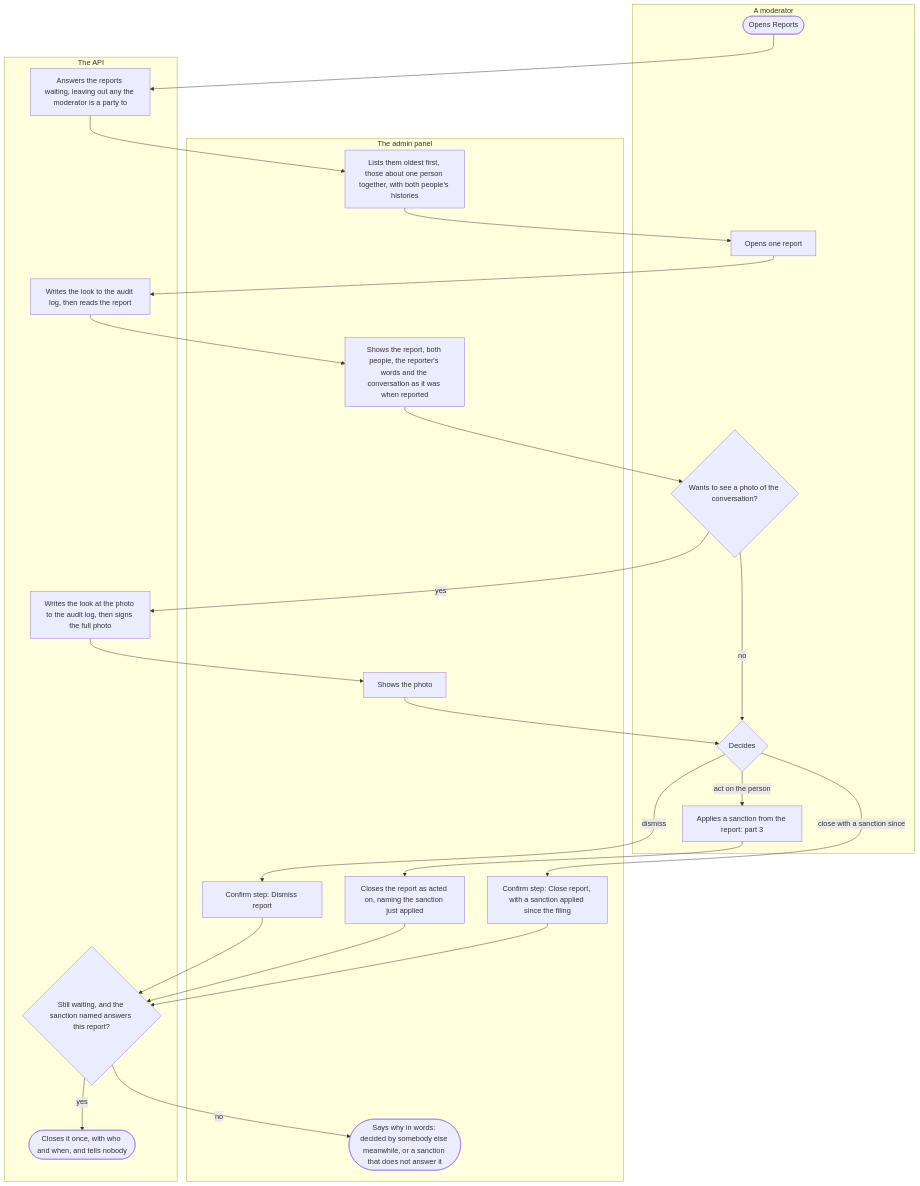
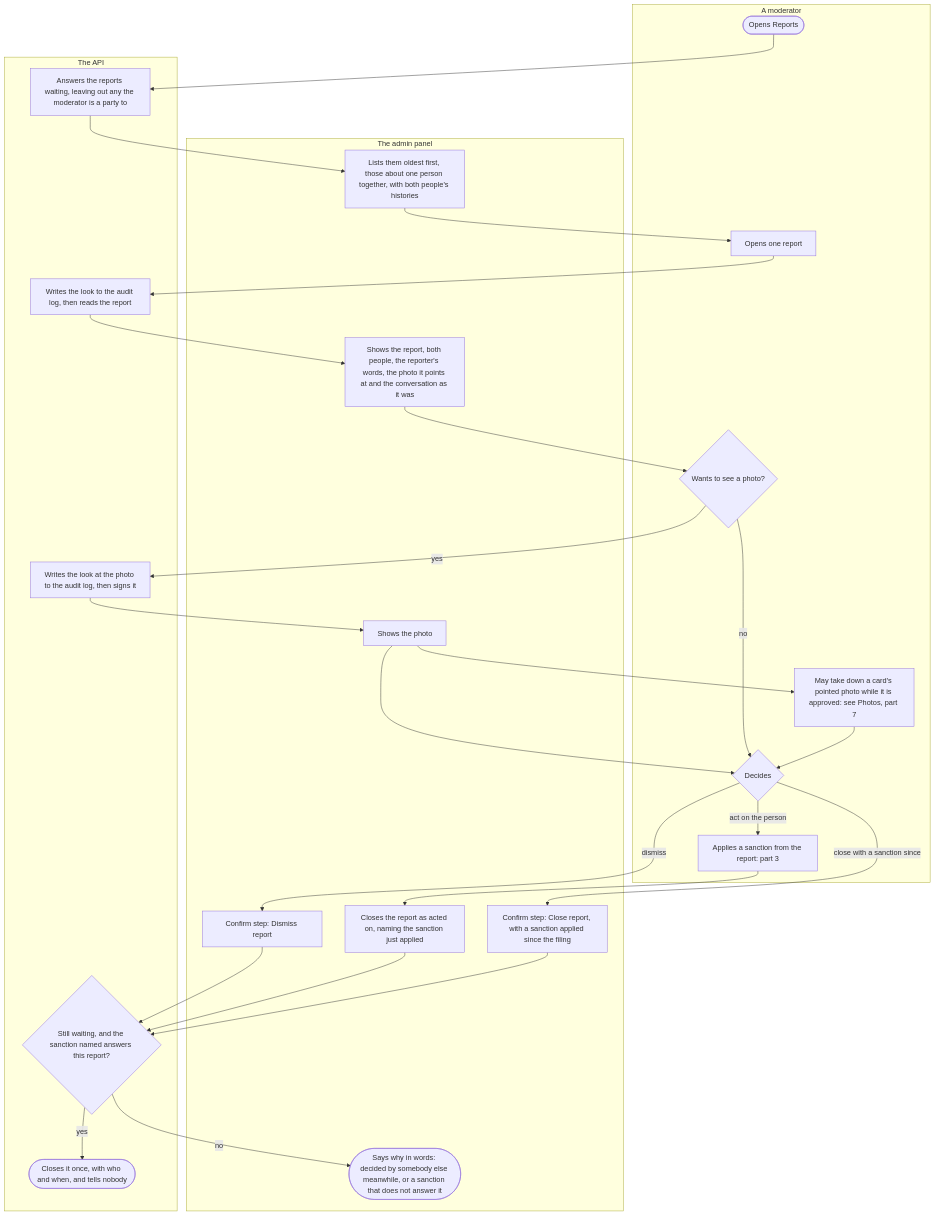
Before and after one commit to kuutti-ry/kuutti-app: the second of 5 diagrams in docs/flows/moderation.md, drawn with Mermaid. The commit also changed other lines of this file and 41 other files, not shown here.

First line of the commit message:
Redraw the user flows against today's main, held by check:docs

````diff
--- a/docs/flows/moderation.md
+++ b/docs/flows/moderation.md
@@ -89,47 +110,50 @@
 ```mermaid
 flowchart TB
-  accTitle: Moderation, part 2, working a report
-  accDescr: A moderator reads the reports waiting, opens one with the reporter's words and the conversation as it was when reported, sees its photos on request, and dismisses the report or closes it as acted on with a sanction. Every look and the decision are written to the audit log first, a report the moderator is a party to is never shown to them, and nobody is told of the decision.
+  accTitle: Moderation, part 2: working a report
+  accDescr: A moderator reads the reports waiting, opens one with the reporter's words, the photo it points at and the conversation as it was when reported, sees a photo on request, may take down a card's pointed photo, and dismisses the report or closes it as acted on with a sanction. Every look and the decision are written to the audit log first, a report the moderator is a party to is never shown to them, and nobody is told of the decision.
   subgraph api["The API"]
     s23["Answers the reports waiting, leaving out any the moderator is a party to"]
     s26["Writes the look to the audit log, then reads the report"]
-    s29["Writes the look at the photo to the audit log, then signs the full photo"]
-    s36{"Still waiting, and the sanction named answers this report?"}
-    s37(["Closes it once, with who and when, and tells nobody"])
+    s29["Writes the look at the photo to the audit log, then signs it"]
+    s37{"Still waiting, and the sanction named answers this report?"}
+    s38(["Closes it once, with who and when, and tells nobody"])
   end
   subgraph moderator["A moderator"]
     s22(["Opens Reports"])
     s25["Opens one report"]
-    s28{"Wants to see a photo of the conversation?"}
-    s31{"Decides"}
-    s33["Applies a sanction from the report: part 3"]
+    s28{"Wants to see a photo?"}
+    s31["May take down a card's pointed photo while it is approved: see Photos, part 7"]
+    s32{"Decides"}
+    s34["Applies a sanction from the report: part 3"]
   end
   subgraph admin["The admin panel"]
     s24["Lists them oldest first, those about one person together, with both people's histories"]
-    s27["Shows the report, both people, the reporter's words and the conversation as it was when reported"]
+    s27["Shows the report, both people, the reporter's words, the photo it points at and the conversation as it was"]
     s30["Shows the photo"]
-    s32["Confirm step: Dismiss report"]
-    s34["Closes the report as acted on, naming the sanction just applied"]
-    s35["Confirm step: Close report, with a sanction applied since the filing"]
-    s38(["Says why in words: decided by somebody else meanwhile, or a sanction that does not answer it"])
+    s33["Confirm step: Dismiss report"]
+    s35["Closes the report as acted on, naming the sanction just applied"]
+    s36["Confirm step: Close report, with a sanction applied since the filing"]
+    s39(["Says why in words: decided by somebody else meanwhile, or a sanction that does not answer it"])
   end
   s22 --> s23
   s23 --> s24
   s24 --> s25
   s25 --> s26
   s26 --> s27
   s27 --> s28
   s28 -->|"yes"| s29
-  s28 -->|"no"| s31
+  s28 -->|"no"| s32
   s29 --> s30
   s30 --> s31
-  s31 -->|"dismiss"| s32
-  s31 -->|"act on the person"| s33
-  s31 -->|"close with a sanction since"| s35
-  s33 --> s34
-  s32 --> s36
-  s34 --> s36
-  s35 --> s36
-  s36 -->|"yes"| s37
-  s36 -->|"no"| s38
+  s30 --> s32
+  s31 --> s32
+  s32 -->|"dismiss"| s33
+  s32 -->|"act on the person"| s34
+  s32 -->|"close with a sanction since"| s36
+  s34 --> s35
+  s33 --> s37
+  s35 --> s37
+  s36 --> s37
+  s37 -->|"yes"| s38
+  s37 -->|"no"| s39
 ```
````
